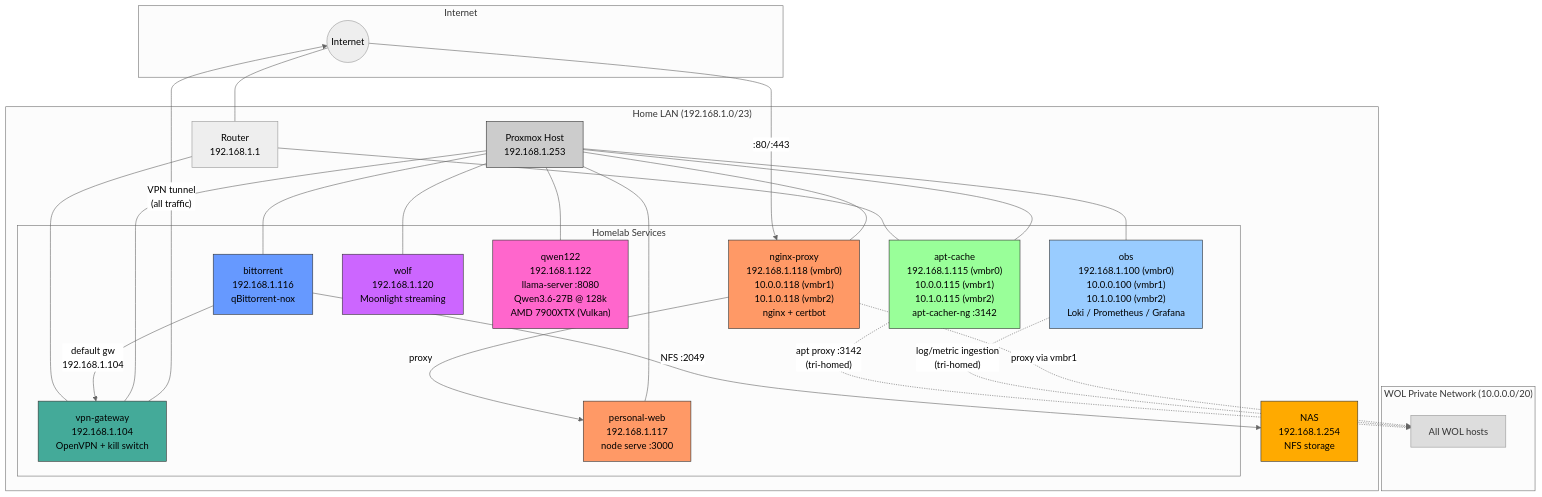
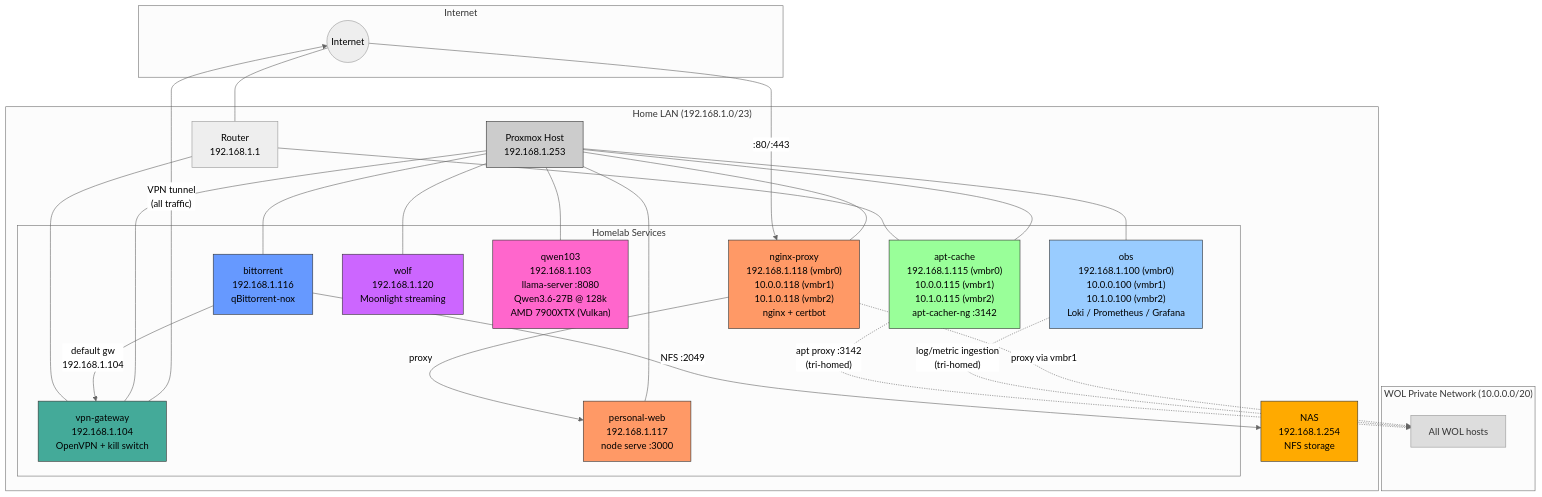
Before and after one commit to JBailes/infrastructure: the first of 2 diagrams in homelab/diagrams.md, drawn with Mermaid (neutral theme). The commit also changed other lines of this file and 5 other files, not shown here.

First line of the commit message:
docs: rename LLM CT from qwen122 to qwen103 (192.168.1.122 → 192.168.1.103)

````diff
--- a/homelab/diagrams.md
+++ b/homelab/diagrams.md
@@ -9,60 +9,60 @@
 ```mermaid
 graph TB
     subgraph Internet
         INET((Internet))
     end
 
     subgraph LAN["Home LAN (192.168.1.0/23)"]
         ROUTER["Router<br/>192.168.1.1"]
 
         subgraph HOMELAB["Homelab Services"]
             APTCACHE["apt-cache<br/>192.168.1.115 (vmbr0)<br/>10.0.0.115 (vmbr1)<br/>10.1.0.115 (vmbr2)<br/>apt-cacher-ng :3142"]
             OBS["obs<br/>192.168.1.100 (vmbr0)<br/>10.0.0.100 (vmbr1)<br/>10.1.0.100 (vmbr2)<br/>Loki / Prometheus / Grafana"]
             VPN["vpn-gateway<br/>192.168.1.104<br/>OpenVPN + kill switch"]
             BT["bittorrent<br/>192.168.1.116<br/>qBittorrent-nox"]
             NGINX["nginx-proxy<br/>192.168.1.118 (vmbr0)<br/>10.0.0.118 (vmbr1)<br/>10.1.0.118 (vmbr2)<br/>nginx + certbot"]
             PWEB["personal-web<br/>192.168.1.117<br/>node serve :3000"]
             WOLF["wolf<br/>192.168.1.120<br/>Moonlight streaming"]
-            LLM["qwen122<br/>192.168.1.122<br/>llama-server :8080<br/>Qwen3.6-27B @ 128k<br/>AMD 7900XTX (Vulkan)"]
+            LLM["qwen103<br/>192.168.1.103<br/>llama-server :8080<br/>Qwen3.6-27B @ 128k<br/>AMD 7900XTX (Vulkan)"]
         end
 
         NAS["NAS<br/>192.168.1.254<br/>NFS storage"]
         PVE["Proxmox Host<br/>192.168.1.253"]
     end
 
     subgraph WOL["WOL Private Network (10.0.0.0/20)"]
         WOLHOSTS["All WOL hosts"]
     end
 
     INET --- ROUTER
     ROUTER --- VPN
     ROUTER --- APTCACHE
     VPN -->|"VPN tunnel<br/>(all traffic)"| INET
     BT -->|"default gw<br/>192.168.1.104"| VPN
     BT -->|"NFS :2049"| NAS
     APTCACHE -.->|"apt proxy :3142<br/>(tri-homed)"| WOLHOSTS
     OBS -.->|"log/metric ingestion<br/>(tri-homed)"| WOLHOSTS
     INET -->|":80/:443"| NGINX
     NGINX -->|"proxy"| PWEB
     NGINX -.->|"proxy via vmbr1"| WOLHOSTS
     PVE --- VPN
     PVE --- BT
     PVE --- APTCACHE
     PVE --- OBS
     PVE --- NGINX
     PVE --- PWEB
     PVE --- WOLF
     PVE --- LLM
 
     style APTCACHE fill:#9f9,stroke:#333,color:#000
     style OBS fill:#9cf,stroke:#333,color:#000
     style VPN fill:#4a9,stroke:#333,color:#000
     style BT fill:#69f,stroke:#333,color:#000
     style NGINX fill:#f96,stroke:#333,color:#000
     style PWEB fill:#f96,stroke:#333,color:#000
     style NAS fill:#fa0,stroke:#333,color:#000
     style PVE fill:#ccc,stroke:#333,color:#000
     style WOLHOSTS fill:#ddd,stroke:#999,color:#333
     style WOLF fill:#c6f,stroke:#333,color:#000
     style LLM fill:#f6c,stroke:#333,color:#000
 ```
````
